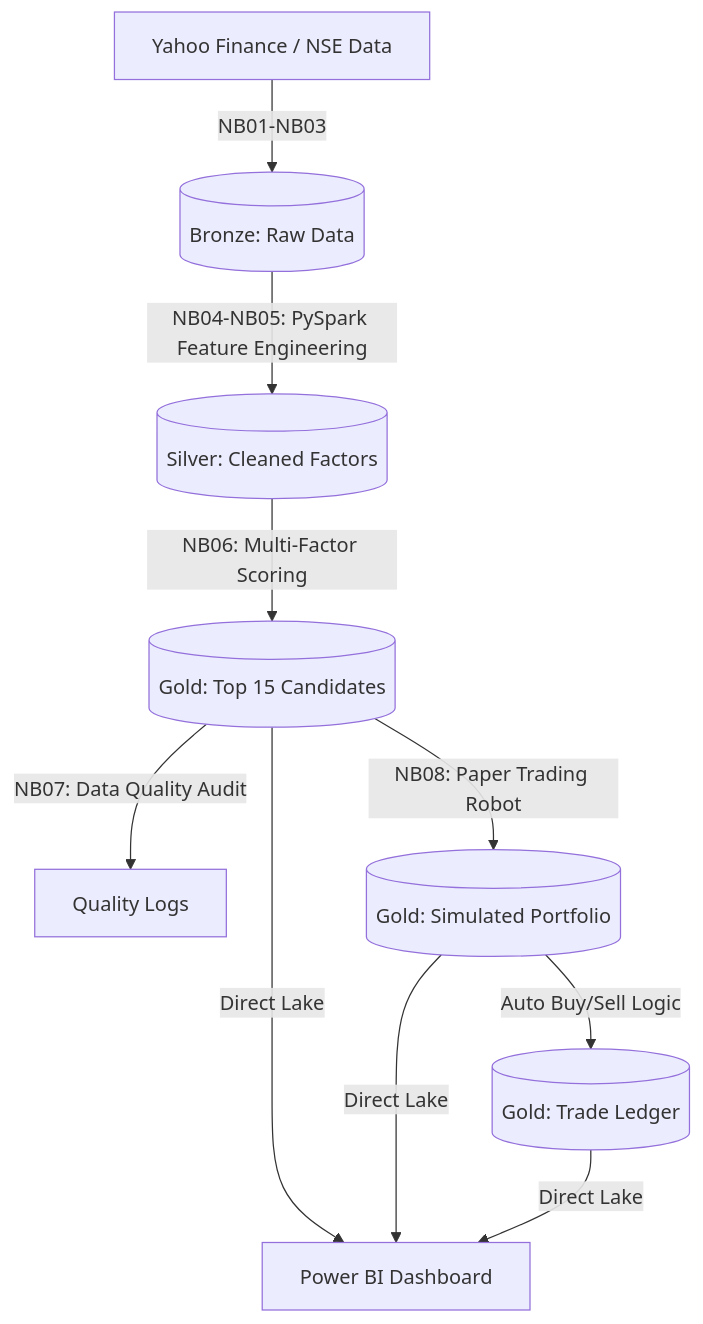
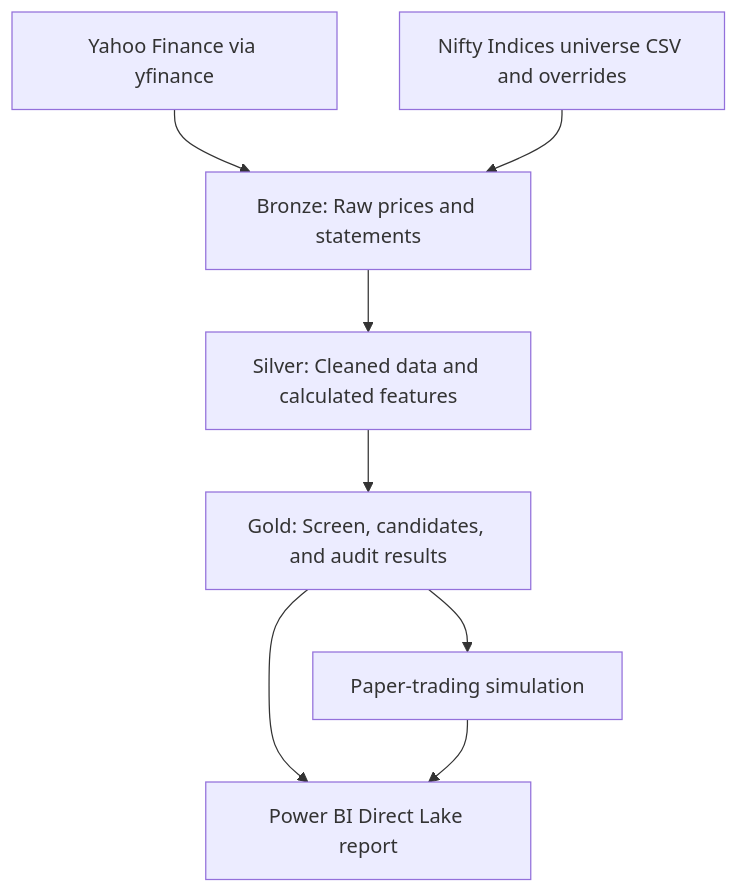
One commit to SP56775/nse-stock-selection-system-fabric changed the diagram in README.md. Above: the diagram before and after it, drawn with Mermaid. The commit also changed other lines of this file, not shown here.

````diff
--- a/README.md
+++ b/README.md
@@ -11,12 +48,10 @@
 ```mermaid
-graph TD
-    A[Yahoo Finance / NSE Data] -->|NB01-NB03| B[(Bronze: Raw Data)]
-    B -->|NB04-NB05: PySpark Feature Engineering| C[(Silver: Cleaned Factors)]
-    C -->|NB06: Multi-Factor Scoring| D[(Gold: Top 15 Candidates)]
-    D -->|NB07: Data Quality Audit| E[Quality Logs]
-    D -->|NB08: Paper Trading Robot| F[(Gold: Simulated Portfolio)]
-    F -->|Auto Buy/Sell Logic| G[(Gold: Trade Ledger)]
-    D -->|Direct Lake| H[Power BI Dashboard]
-    F -->|Direct Lake| H
-    G -->|Direct Lake| H
+flowchart TD
+    A[Yahoo Finance via yfinance] --> B[Bronze: Raw prices and statements]
+    C[Nifty Indices universe CSV and overrides] --> B
+    B --> D[Silver: Cleaned data and calculated features]
+    D --> E[Gold: Screen, candidates, and audit results]
+    E --> F[Paper-trading simulation]
+    E --> G[Power BI Direct Lake report]
+    F --> G
 ```
````
